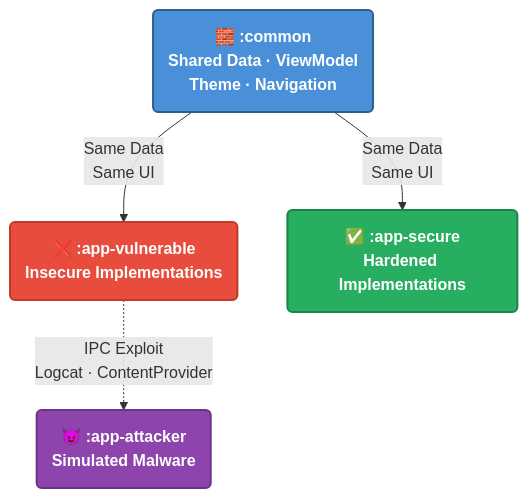
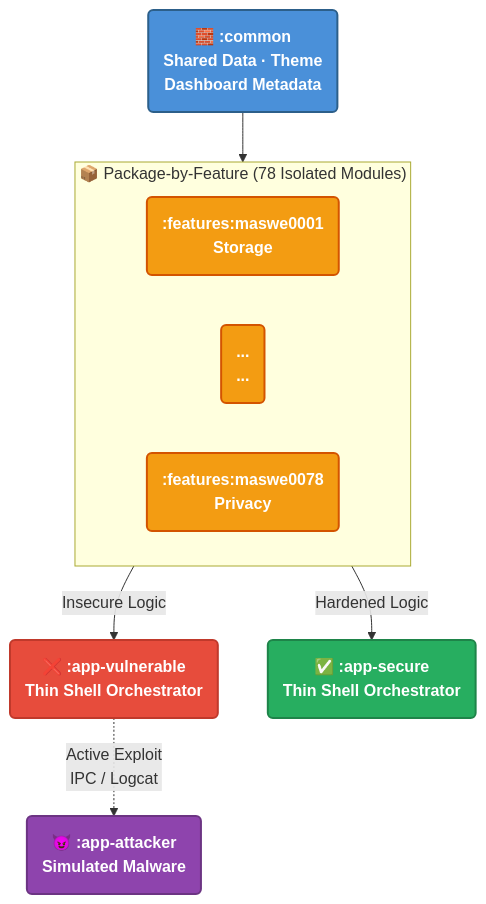
One commit to Hasan-Tuncay/Android-Security-Masterclass changed the first of 5 diagrams in README.md. Above: the diagram before and after it, drawn with Mermaid. The commit also changed other lines of this file and 971 other files, not shown here.

````diff
--- a/README.md
+++ b/README.md
@@ -24,21 +24,32 @@
 ```mermaid
 graph TD
-    COMMON("🧱 :common<br/>Shared Data · ViewModel<br/>Theme · Navigation")
-    VULN("❌ :app-vulnerable<br/>Insecure Implementations")
-    SEC("✅ :app-secure<br/>Hardened Implementations")
+    COMMON("🧱 :common<br/>Shared Data · Theme<br/>Dashboard Metadata")
+    
+    subgraph FEATURES ["📦 Package-by-Feature (78 Isolated Modules)"]
+        direction LR
+        M1(":features:maswe0001<br/>Storage")
+        M2("...<br/>... ")
+        M78(":features:maswe0078<br/>Privacy")
+    end
+    
+    VULN("❌ :app-vulnerable<br/>Thin Shell Orchestrator")
+    SEC("✅ :app-secure<br/>Thin Shell Orchestrator")
     ATK("😈 :app-attacker<br/>Simulated Malware")
 
-    COMMON -- "Same Data<br/>Same UI" --> VULN
-    COMMON -- "Same Data<br/>Same UI" --> SEC
-    VULN -. "IPC Exploit<br/>Logcat · ContentProvider" .-> ATK
+    COMMON --> FEATURES
+    FEATURES -- "Insecure Logic" --> VULN
+    FEATURES -- "Hardened Logic" --> SEC
+    VULN -. "Active Exploit<br/>IPC / Logcat" .-> ATK
 
     classDef common fill:#4A90D9,stroke:#2C5F8A,color:#fff,stroke-width:2px,font-weight:bold
+    classDef feat fill:#F39C12,stroke:#D35400,color:#fff,stroke-width:2px,font-weight:bold
     classDef vuln fill:#E74C3C,stroke:#C0392B,color:#fff,stroke-width:2px,font-weight:bold
     classDef secure fill:#27AE60,stroke:#1E8449,color:#fff,stroke-width:2px,font-weight:bold
     classDef attacker fill:#8E44AD,stroke:#6C3483,color:#fff,stroke-width:2px,font-weight:bold
 
     class COMMON common
+    class M1,M2,M78 feat
     class VULN vuln
     class SEC secure
     class ATK attacker
 ```
````
